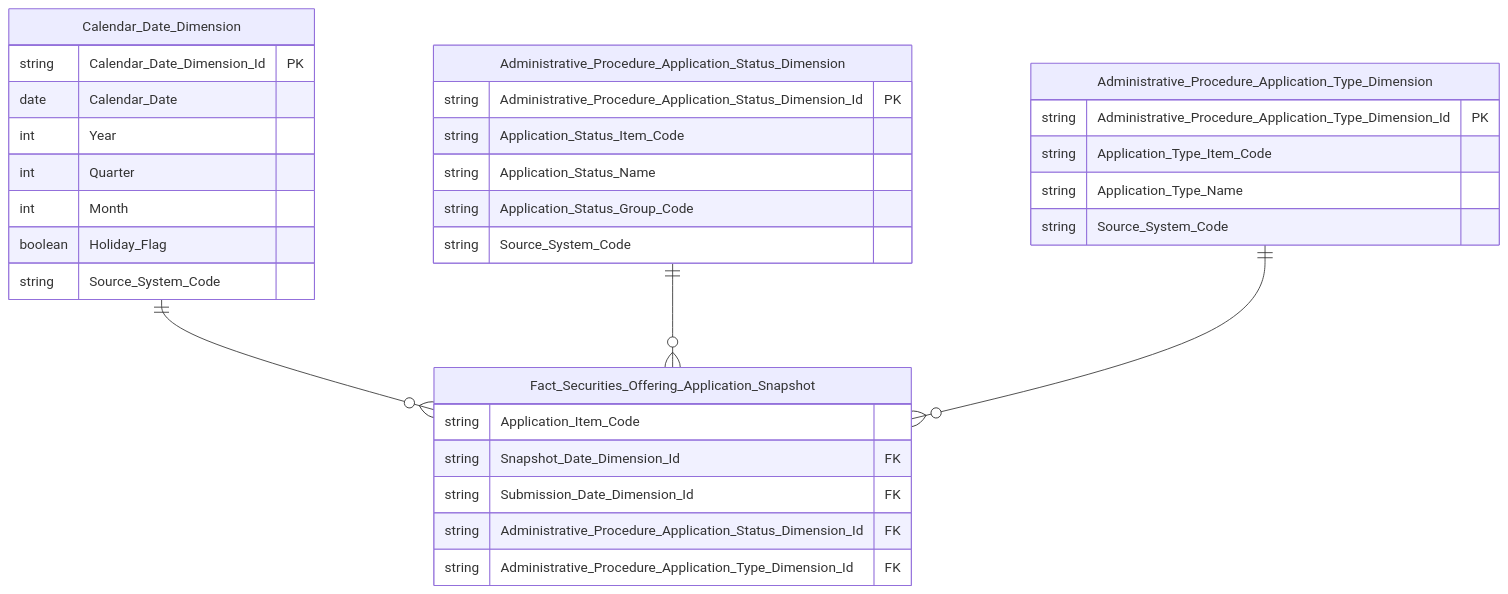
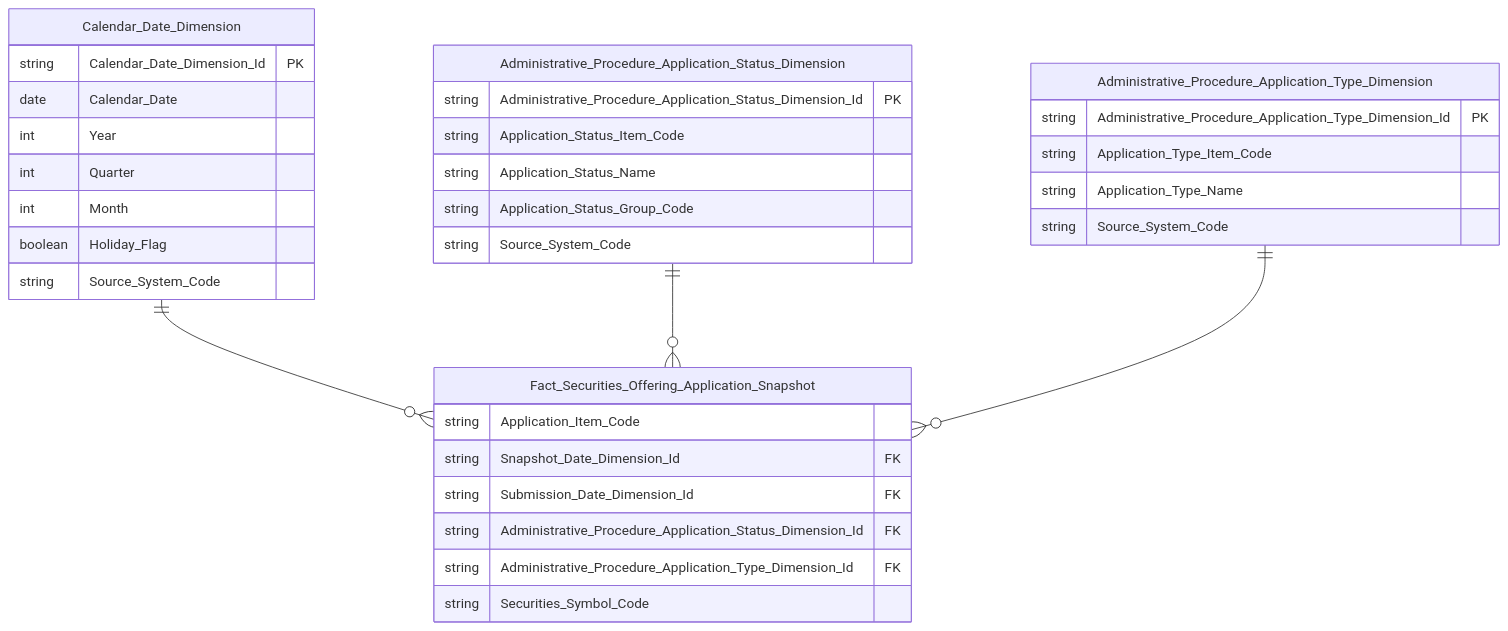
Before and after one commit to linhlvit/ubck_atomic_design: diagram 16 of 22 in Datamart/hld/DTM_QLCB_HLD.md, drawn with Mermaid. The commit also changed other lines of this file and 15 other files, not shown here.

````diff
--- a/Datamart/hld/DTM_QLCB_HLD.md
+++ b/Datamart/hld/DTM_QLCB_HLD.md
@@ -929,36 +946,37 @@
 ```mermaid
 erDiagram
     Calendar_Date_Dimension {
         string Calendar_Date_Dimension_Id PK
         date Calendar_Date
         int Year
         int Quarter
         int Month
         boolean Holiday_Flag
         string Source_System_Code
     }
     Administrative_Procedure_Application_Status_Dimension {
         string Administrative_Procedure_Application_Status_Dimension_Id PK
         string Application_Status_Item_Code
         string Application_Status_Name
         string Application_Status_Group_Code
         string Source_System_Code
     }
     Administrative_Procedure_Application_Type_Dimension {
         string Administrative_Procedure_Application_Type_Dimension_Id PK
         string Application_Type_Item_Code
         string Application_Type_Name
         string Source_System_Code
     }
     Fact_Securities_Offering_Application_Snapshot {
         string Application_Item_Code
         string Snapshot_Date_Dimension_Id FK
         string Submission_Date_Dimension_Id FK
         string Administrative_Procedure_Application_Status_Dimension_Id FK
         string Administrative_Procedure_Application_Type_Dimension_Id FK
+        string Securities_Symbol_Code
     }
 
     Calendar_Date_Dimension ||--o{ Fact_Securities_Offering_Application_Snapshot : " "
     Administrative_Procedure_Application_Status_Dimension ||--o{ Fact_Securities_Offering_Application_Snapshot : " "
     Administrative_Procedure_Application_Type_Dimension ||--o{ Fact_Securities_Offering_Application_Snapshot : " "
 ```
````
